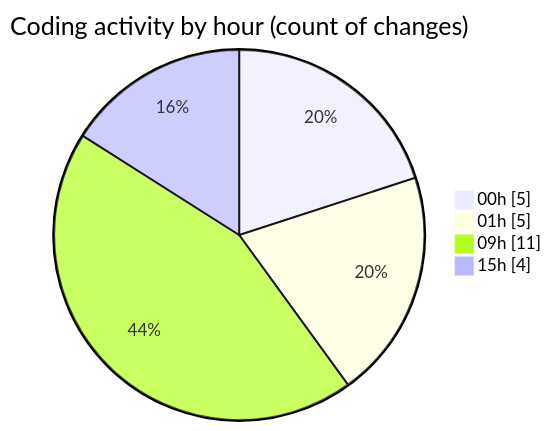
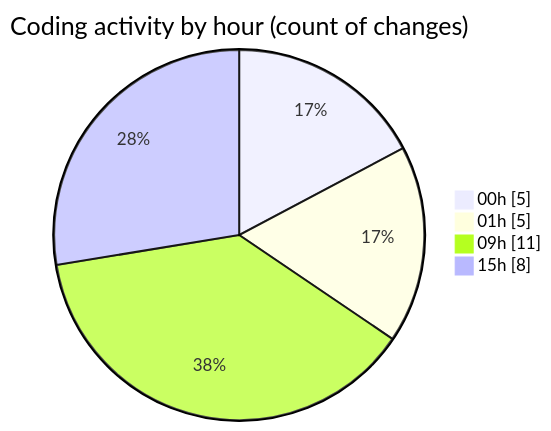
The second of 2 diagrams in 2025-07-12/ribbon/README.md (EIIisD/code-tracking), drawn with Mermaid before and after one commit. The commit also changed other lines of this file and 1 other file, not shown here.

````diff
--- a/2025-07-12/ribbon/README.md
+++ b/2025-07-12/ribbon/README.md
@@ -37,8 +37,8 @@
 ```mermaid
 pie showData
 title Coding activity by hour (count of changes)
 "00h" : 5
 "01h" : 5
 "09h" : 11
-"15h" : 4
+"15h" : 8
 ```
````
